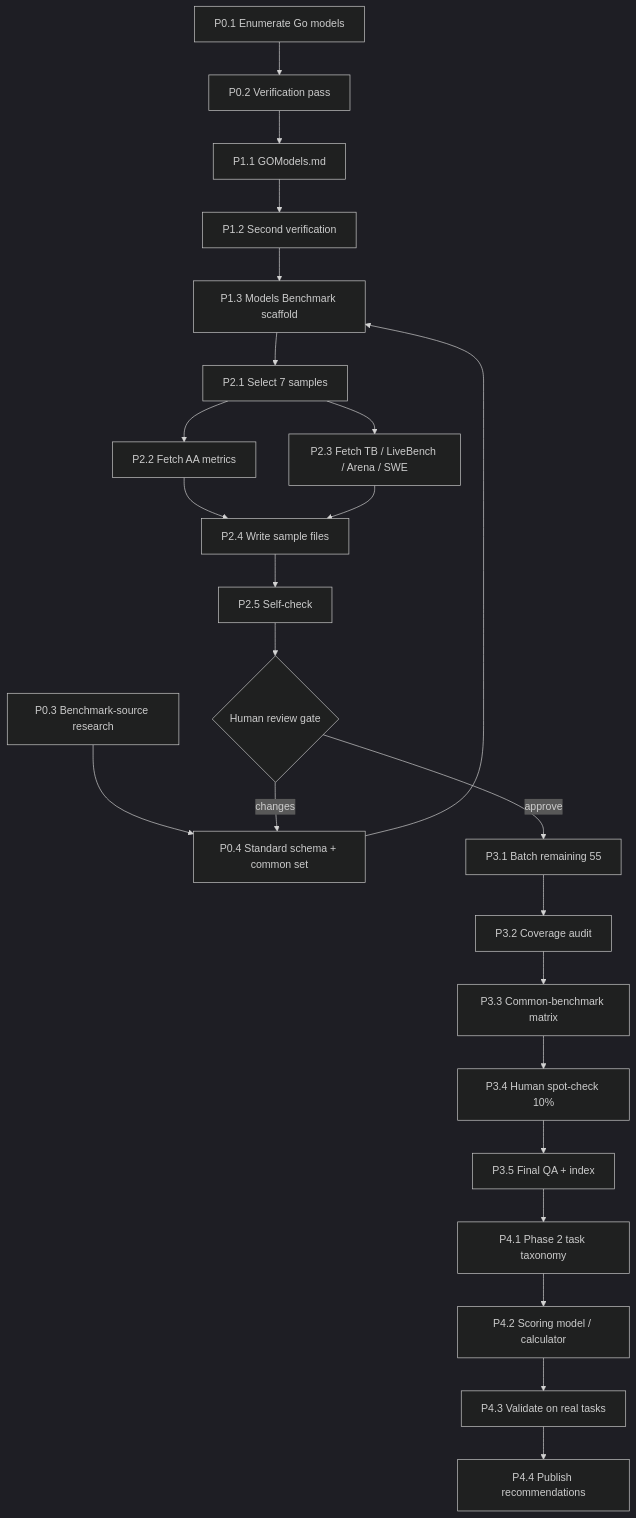
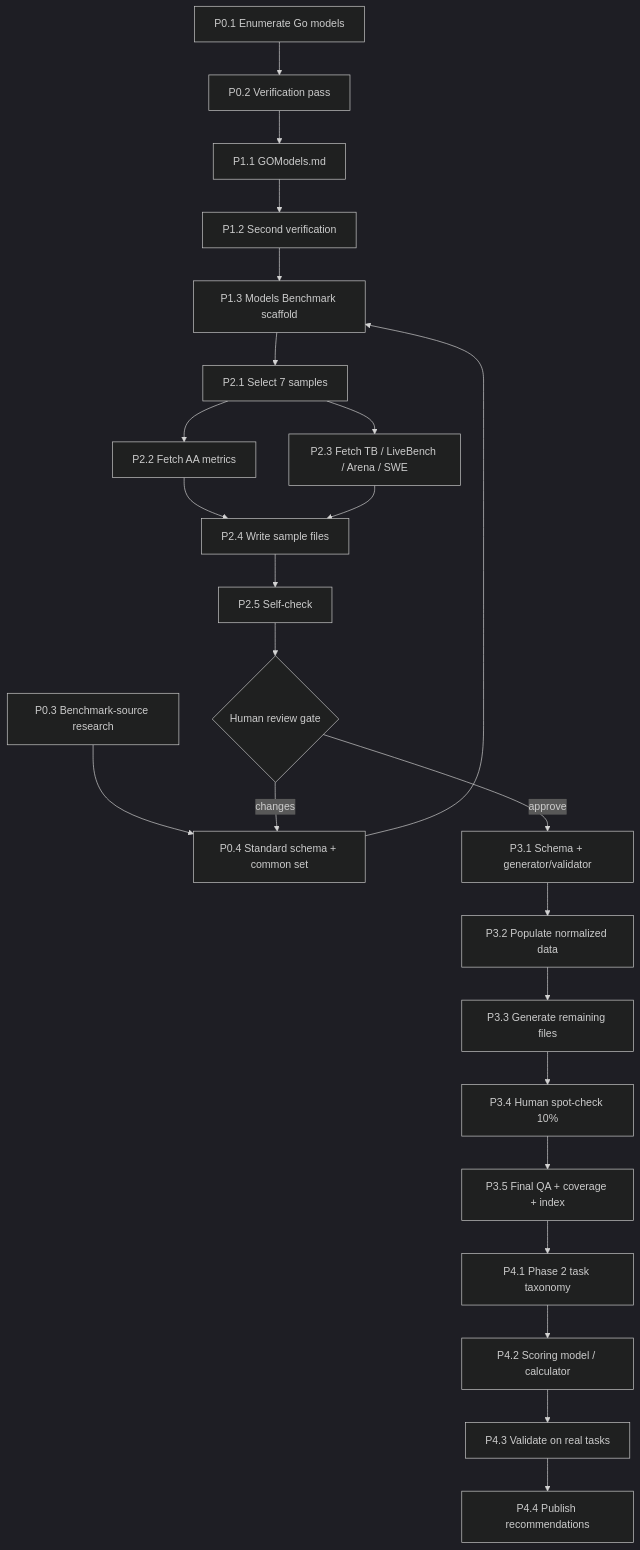
The diagram in Models Benchmark/plan.md (ShadiXtream/command-code-go-research), drawn with Mermaid (dark theme) before and after one commit. The commit also changed other lines of this file and 9 other files, not shown here.

First line of the commit message:
P-0002 implementation: normalized schema, generator, validator, golden test

````diff
--- a/Models Benchmark/plan.md
+++ b/Models Benchmark/plan.md
@@ -102,26 +102,26 @@
 ```mermaid
 flowchart TD
   A[P0.1 Enumerate Go models] --> B[P0.2 Verification pass]
   B --> C[P1.1 GOModels.md]
   C --> D[P1.2 Second verification]
   E[P0.3 Benchmark-source research] --> F[P0.4 Standard schema + common set]
   F --> G[P1.3 Models Benchmark scaffold]
   D --> G
   G --> H[P2.1 Select 7 samples]
   H --> I[P2.2 Fetch AA metrics]
   H --> J[P2.3 Fetch TB / LiveBench / Arena / SWE]
   I --> K[P2.4 Write sample files]
   J --> K
   K --> L[P2.5 Self-check]
   L --> M{Human review gate}
   M -- changes --> F
-  M -- approve --> N[P3.1 Batch remaining 55]
-  N --> O[P3.2 Coverage audit]
-  O --> P[P3.3 Common-benchmark matrix]
+  M -- approve --> N[P3.1 Schema + generator/validator]
+  N --> O[P3.2 Populate normalized data]
+  O --> P[P3.3 Generate remaining files]
   P --> Q[P3.4 Human spot-check 10%]
-  Q --> R[P3.5 Final QA + index]
+  Q --> R[P3.5 Final QA + coverage + index]
   R --> S[P4.1 Phase 2 task taxonomy]
   S --> T[P4.2 Scoring model / calculator]
   T --> U[P4.3 Validate on real tasks]
   U --> V[P4.4 Publish recommendations]
 ```
````
